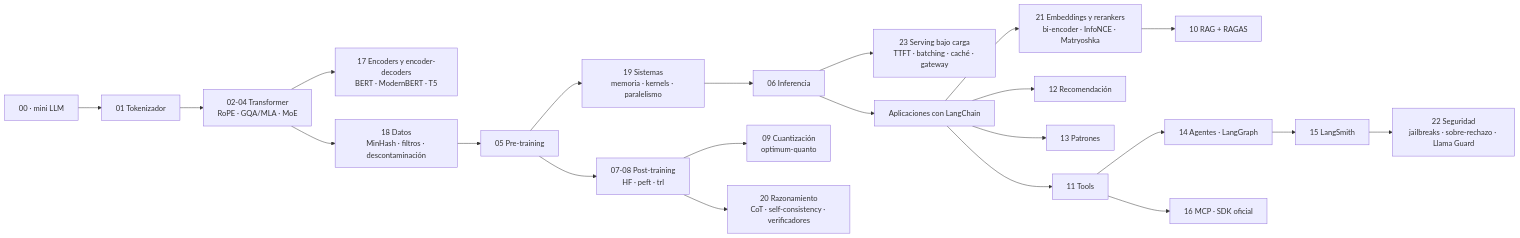
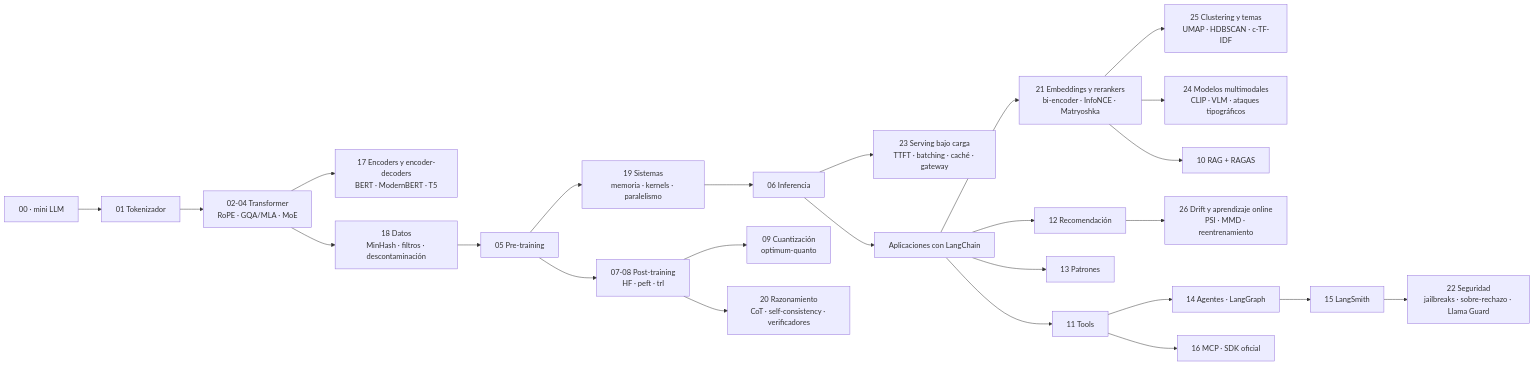
Before and after one commit to ZoodiacR/llm-edu-suite: the diagram in docs/es/README.md, drawn with Mermaid. The commit also changed other lines of this file and 21 other files, not shown here.

````diff
--- a/docs/es/README.md
+++ b/docs/es/README.md
@@ -50,24 +56,27 @@
 ```mermaid
 flowchart LR
     Z[00 · mini LLM] --> B[01 Tokenizador]
     B --> C[02-04 Transformer<br/>RoPE · GQA/MLA · MoE]
     C --> Q["17 Encoders y encoder-decoders<br/>BERT · ModernBERT · T5"]
     C --> P["18 Datos<br/>MinHash · filtros · descontaminación"]
     P --> D[05 Pre-training]
     D --> S["19 Sistemas<br/>memoria · kernels · paralelismo"]
     S --> E[06 Inferencia]
     E --> V["23 Serving bajo carga<br/>TTFT · batching · caché · gateway"]
     D --> F["07-08 Post-training<br/>HF · peft · trl"]
     F --> G["09 Cuantización<br/>optimum-quanto"]
     F --> R["20 Razonamiento<br/>CoT · self-consistency · verificadores"]
     E --> H[Aplicaciones con LangChain]
     H --> T["21 Embeddings y rerankers<br/>bi-encoder · InfoNCE · Matryoshka"]
+    T --> X["25 Clustering y temas<br/>UMAP · HDBSCAN · c-TF-IDF"]
+    T --> W["24 Modelos multimodales<br/>CLIP · VLM · ataques tipográficos"]
     T --> I["10 RAG + RAGAS"]
     H --> K[12 Recomendación]
+    K --> Y["26 Drift y aprendizaje online<br/>PSI · MMD · reentrenamiento"]
     H --> L[13 Patrones]
     H --> J[11 Tools]
     J --> M["14 Agentes · LangGraph"]
     J --> N["16 MCP · SDK oficial"]
     M --> O["15 LangSmith"]
     O --> U["22 Seguridad<br/>jailbreaks · sobre-rechazo · Llama Guard"]
 ```
````
